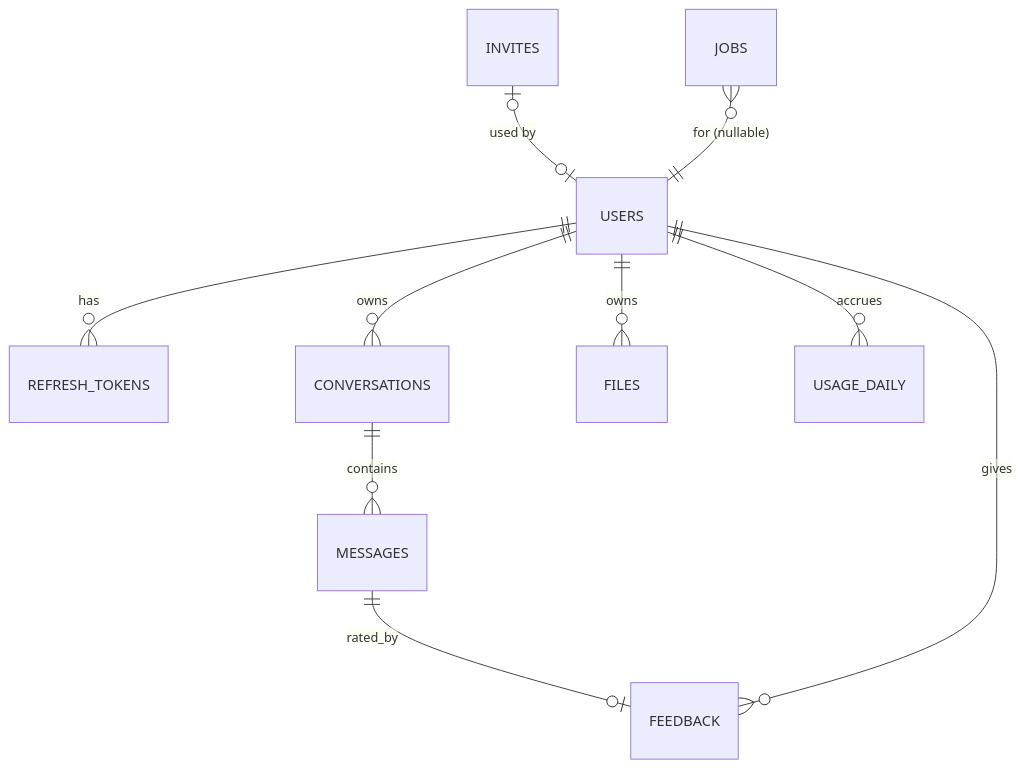
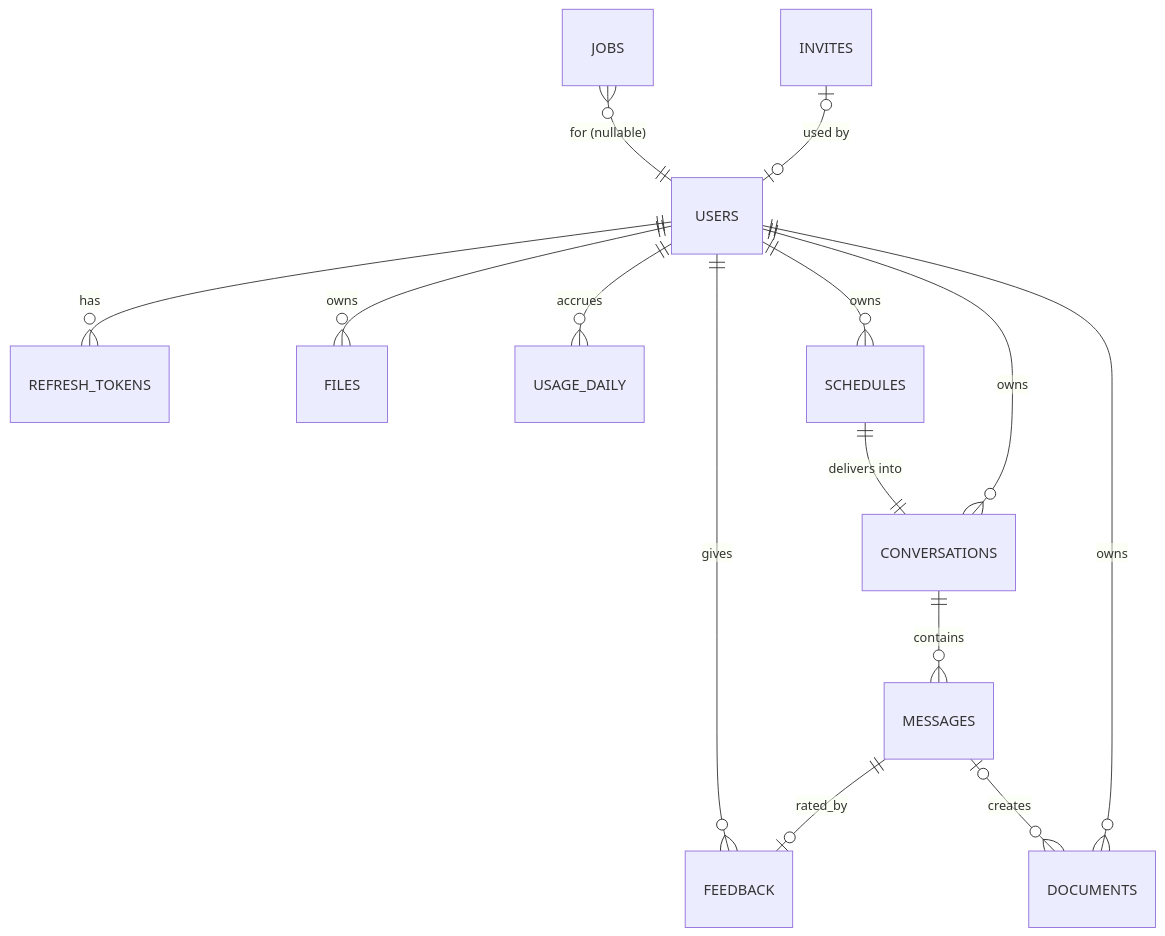
Before and after one commit to dinesh24murali/nexus-ai: the second of 3 diagrams in docs/02_outputs/03_tech_architecture.md, drawn with Mermaid. The commit also changed other lines of this file and 11 other files, not shown here.

````diff
--- a/docs/02_outputs/03_tech_architecture.md
+++ b/docs/02_outputs/03_tech_architecture.md
@@ -58,12 +58,16 @@
 ```mermaid
 erDiagram
   USERS ||--o{ REFRESH_TOKENS : has
   INVITES |o--o| USERS : "used by"
   USERS ||--o{ CONVERSATIONS : owns
   USERS ||--o{ FILES : owns
   USERS ||--o{ USAGE_DAILY : accrues
   CONVERSATIONS ||--o{ MESSAGES : contains
   MESSAGES ||--o| FEEDBACK : rated_by
   USERS ||--o{ FEEDBACK : gives
   JOBS }o--|| USERS : "for (nullable)"
+  USERS ||--o{ DOCUMENTS : owns
+  MESSAGES |o--o{ DOCUMENTS : creates
+  USERS ||--o{ SCHEDULES : owns
+  SCHEDULES ||--|| CONVERSATIONS : "delivers into"
 ```
````
